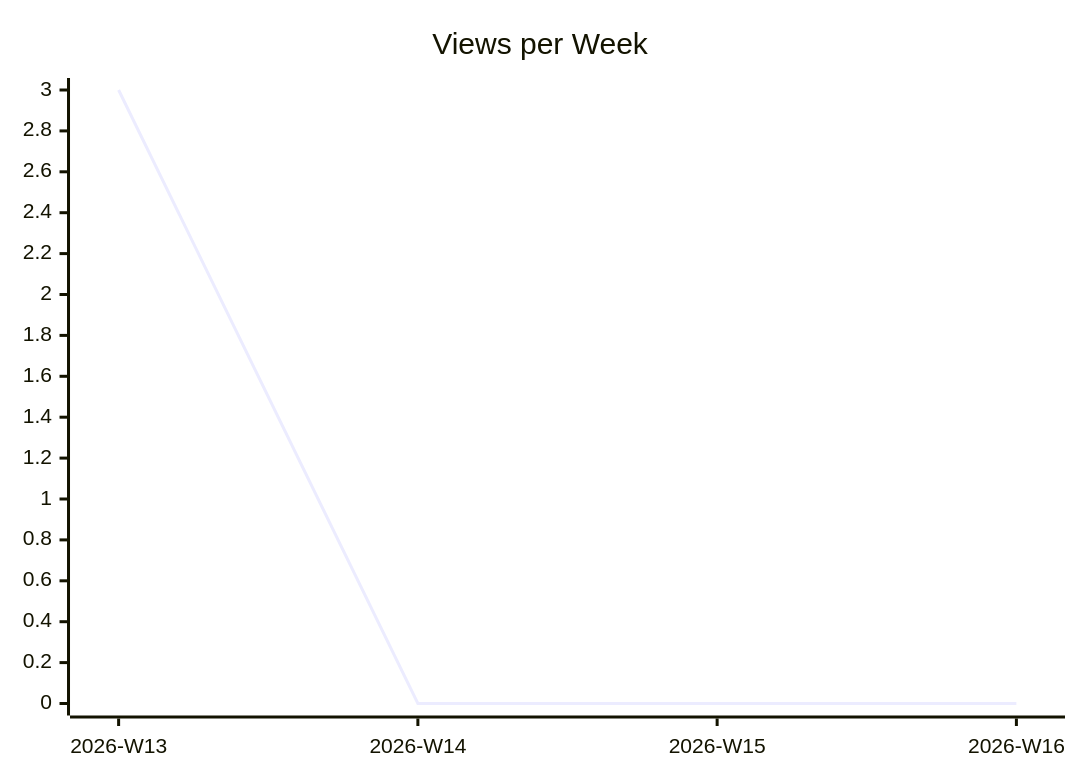
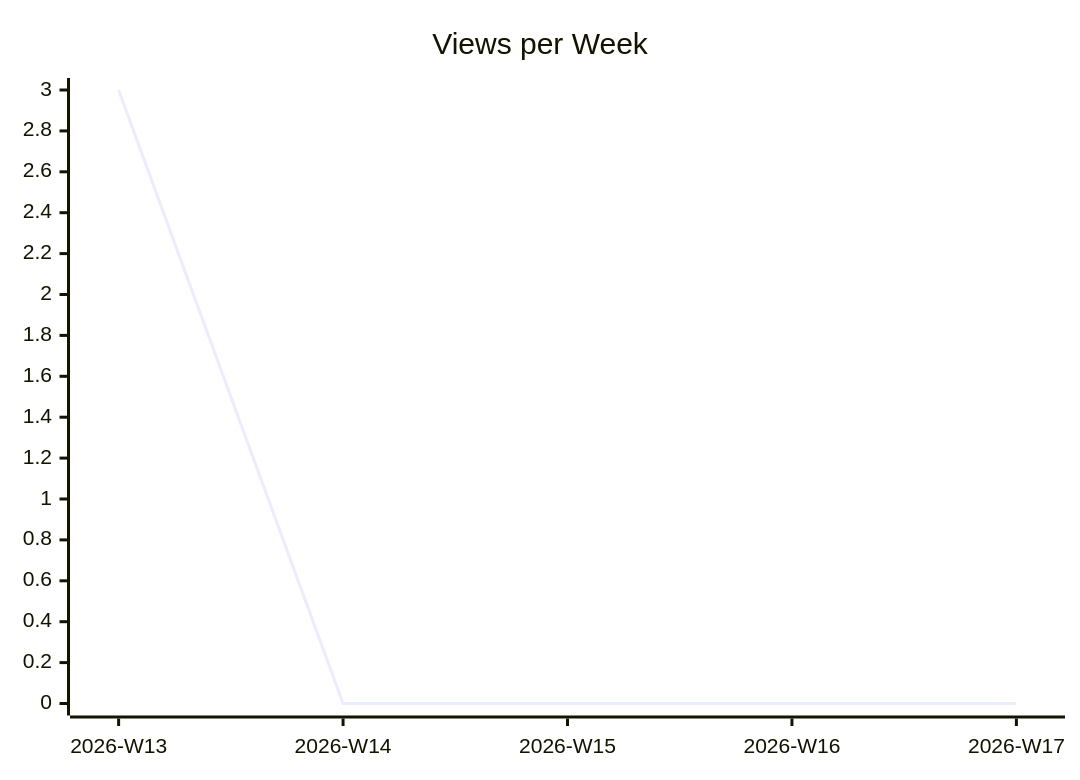
One commit to justdavis-family/github-analytics-data changed the second of 3 diagrams in karlmdavis/kxml2/README.md. Above: the diagram before and after it, drawn with Mermaid. The commit also changed other lines of this file and 192 other files, not shown here.

````diff
--- a/karlmdavis/kxml2/README.md
+++ b/karlmdavis/kxml2/README.md
@@ -12,6 +12,6 @@
 ```mermaid
 xychart-beta
   title "Views per Week"
-  x-axis ["2026-W13", "2026-W14", "2026-W15", "2026-W16"]
-  line [3, 0, 0, 0]
+  x-axis ["2026-W13", "2026-W14", "2026-W15", "2026-W16", "2026-W17"]
+  line [3, 0, 0, 0, 0]
 ```
````
